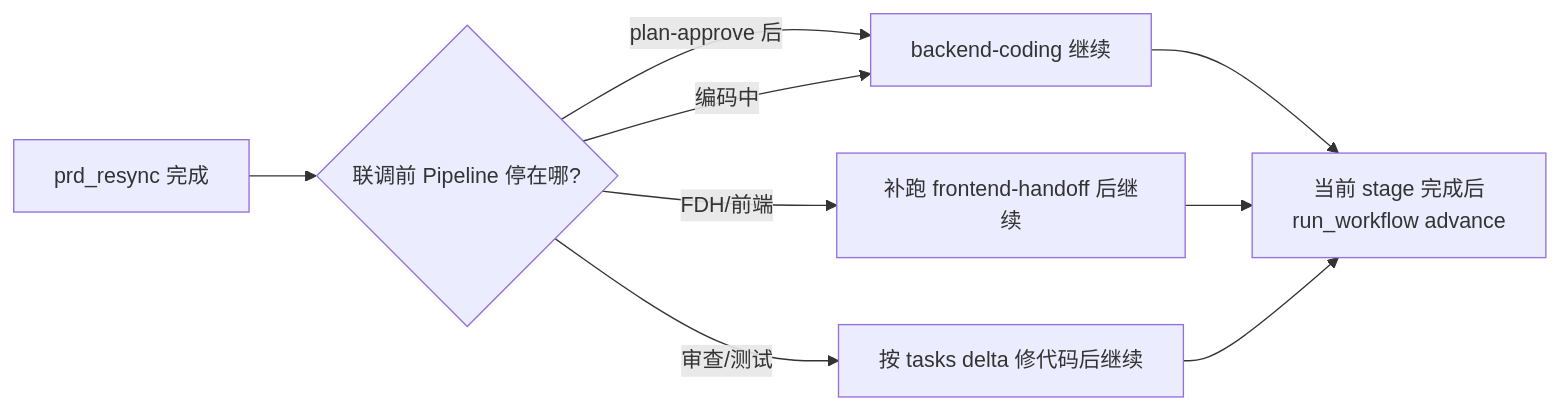
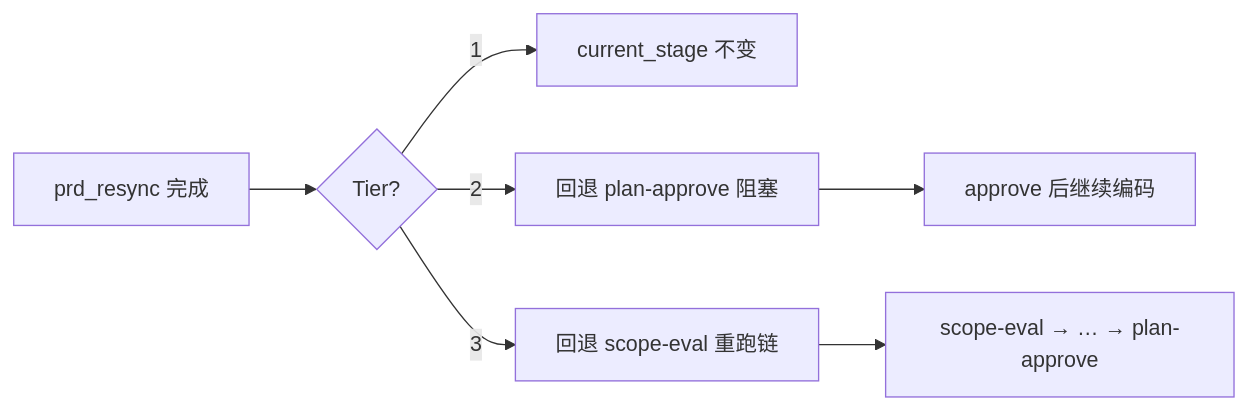
Before and after one commit to preciouskidy-collab/shop_points_dev_skills: the tenth of 12 diagrams in docs/联调协作方案.md, drawn with Mermaid. The commit also changed other lines of this file and 21 other files, not shown here.

````diff
--- a/docs/联调协作方案.md
+++ b/docs/联调协作方案.md
@@ -481,10 +494,9 @@
 ```mermaid
 flowchart LR
-  RS[prd_resync 完成] --> ST{联调前 Pipeline 停在哪?}
-  ST -->|plan-approve 后| BC[backend-coding 继续]
-  ST -->|编码中| BC
-  ST -->|FDH/前端| FH[补跑 frontend-handoff 后继续]
-  ST -->|审查/测试| RV[按 tasks delta 修代码后继续]
-
-  BC & FH & RV --> ADV[当前 stage 完成后<br/>run_workflow advance]
+  RS[prd_resync 完成] --> T{Tier?}
+  T -->|1| C[current_stage 不变]
+  T -->|2| PA[回退 plan-approve 阻塞]
+  T -->|3| SE[回退 scope-eval 重跑链]
+  PA --> AP[approve 后继续编码]
+  SE --> CH[scope-eval → … → plan-approve]
 ```
````
